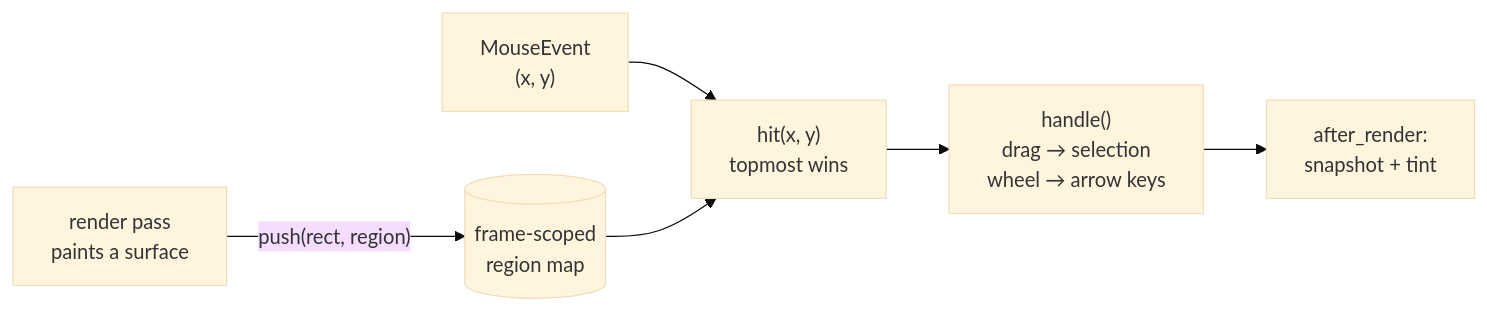
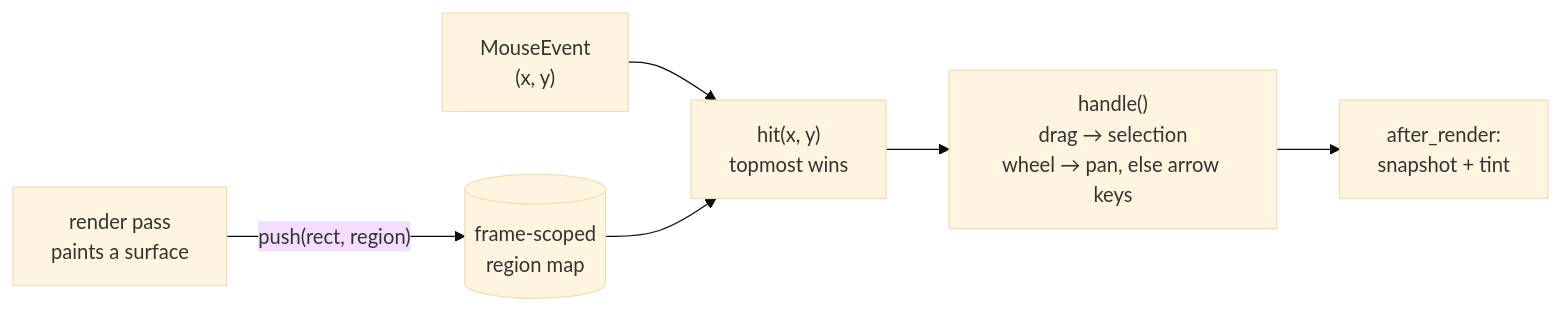
The third of 4 diagrams in docs/architecture.md (bschnitz/not-yet-done), drawn with Mermaid (base theme) before and after one commit. The commit also changed other lines of this file and 9 other files, not shown here.

First line of the commit message:
feat(mouse): pan the table with the scroll wheel

````diff
--- a/docs/architecture.md
+++ b/docs/architecture.md
@@ -518,8 +518,8 @@
 ```mermaid
 flowchart LR
     DRAW["render pass<br/>paints a surface"] -- "push(rect, region)" --> MAP[(frame-scoped<br/>region map)]
     EV["MouseEvent<br/>(x, y)"] --> HIT["hit(x, y)<br/>topmost wins"]
     MAP --> HIT
-    HIT --> DISP["handle()<br/>drag → selection<br/>wheel → arrow keys"]
+    HIT --> DISP["handle()<br/>drag → selection<br/>wheel → pan, else arrow keys"]
     DISP --> POST["after_render:<br/>snapshot + tint"]
 ```
````
